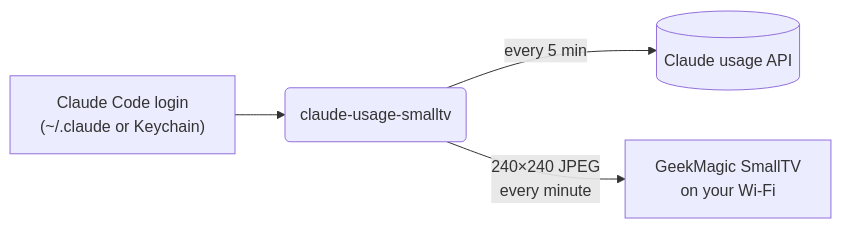
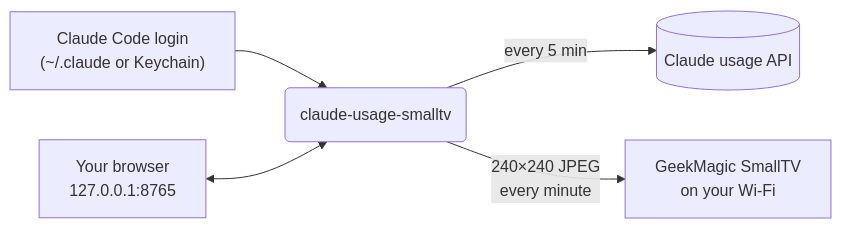
One commit to brunodesamachado/claude-usage-smalltv changed the diagram in README.md. Above: the diagram before and after it, drawn with Mermaid. The commit also changed other lines of this file and 26 other files, not shown here.

First line of the commit message:
Add a settings page in the browser and a standalone Windows app

````diff
--- a/README.md
+++ b/README.md
@@ -254,6 +188,7 @@
 ```mermaid
 flowchart LR
     login["Claude Code login<br/>(~/.claude or Keychain)"] --> app("claude-usage-smalltv")
+    browser["Your browser<br/>127.0.0.1:8765"] <--> app
     app -- "every 5 min" --> api[("Claude usage API")]
     app -- "240×240 JPEG<br/>every minute" --> tv["GeekMagic SmallTV<br/>on your Wi-Fi"]
 ```
````
